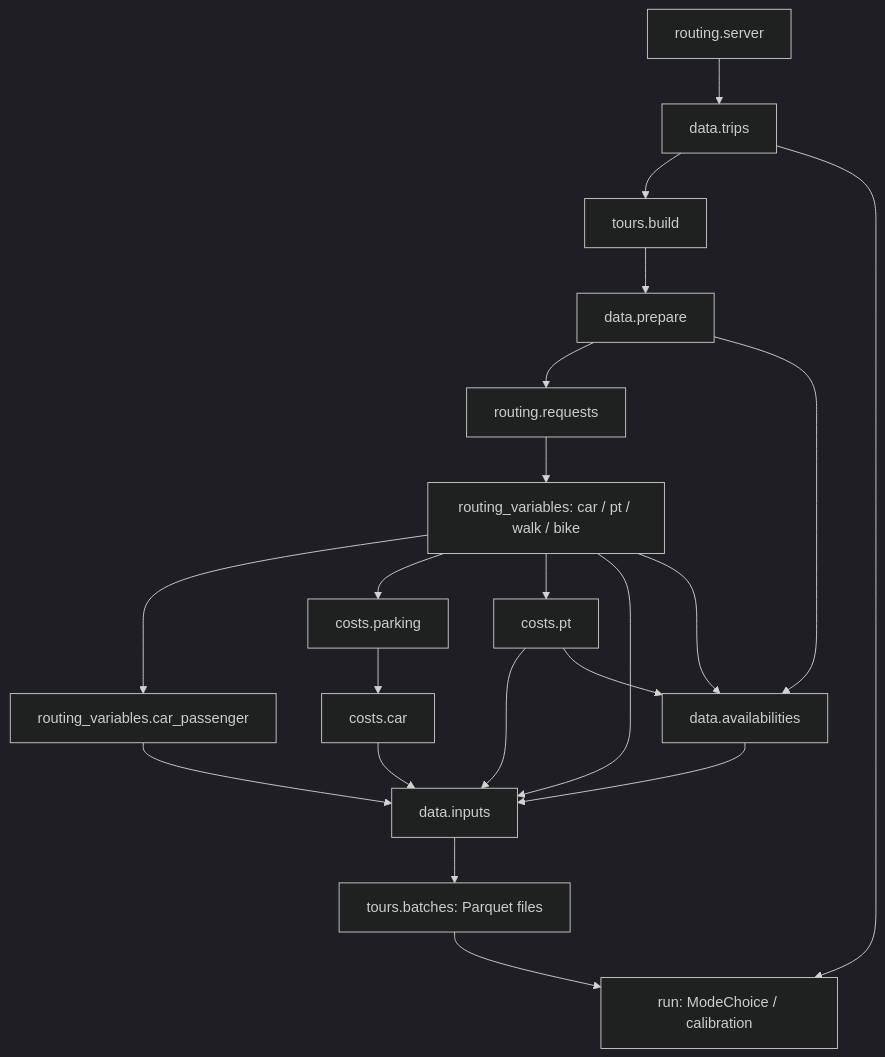
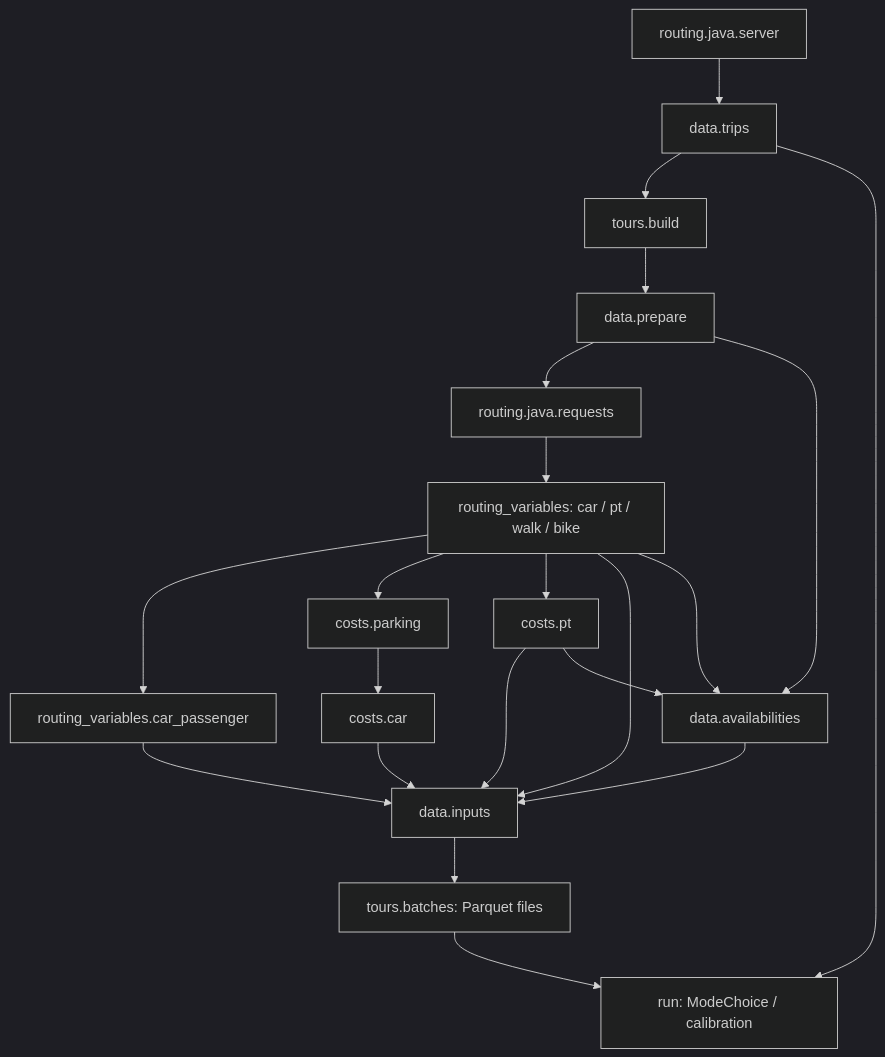
One commit to eqasim-org/eqasim-switzerland changed the diagram in doc/mode_choice/README.md. Above: the diagram before and after it, drawn with Mermaid (dark theme). The commit also changed other lines of this file and 62 other files, not shown here.

````diff
--- a/doc/mode_choice/README.md
+++ b/doc/mode_choice/README.md
@@ -79,23 +79,23 @@
 ```mermaid
 flowchart TD
-    server[routing.server] --> trips[data.trips]
+    server[routing.java.server] --> trips[data.trips]
     trips --> identify[tours.build]
     identify --> features[data.prepare]
-    features --> requests[routing.requests]
+    features --> requests[routing.java.requests]
     requests --> routes[routing_variables: car / pt / walk / bike]
     routes --> passenger[routing_variables.car_passenger]
     routes --> parking[costs.parking]
     parking --> carcost[costs.car]
     routes --> fares[costs.pt]
     routes --> inputs[data.inputs]
     passenger --> inputs
     carcost --> inputs
     fares --> inputs
     features --> availability[data.availabilities]
     routes --> availability
     fares --> availability
     availability --> inputs
     inputs --> batches[tours.batches: Parquet files]
     batches --> run[run: ModeChoice / calibration]
     trips --> run
 ```
````
